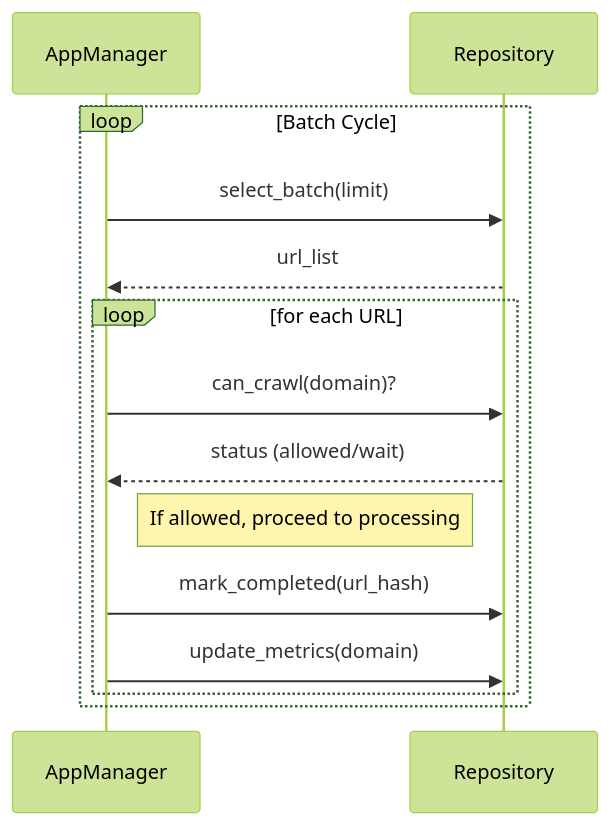
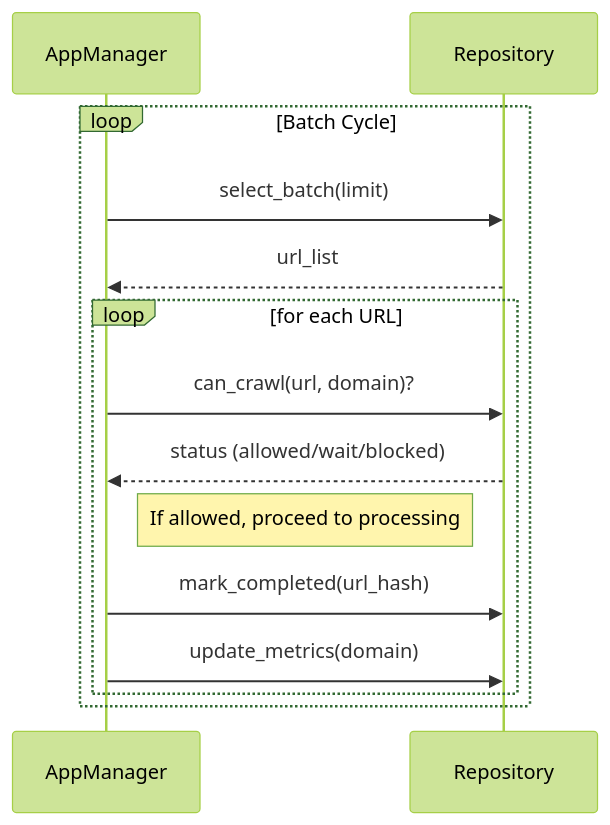
One commit to paulpeters144/system-design changed the third of 5 diagrams in projects/02_prospect_web_crawler/README.md. Above: the diagram before and after it, drawn with Mermaid (forest theme). The commit also changed other lines of this file and 9 other files, not shown here.

````diff
--- a/projects/02_prospect_web_crawler/README.md
+++ b/projects/02_prospect_web_crawler/README.md
@@ -86,17 +86,17 @@
 ```mermaid
 sequenceDiagram
     participant M as AppManager
     participant R as Repository
     
     loop Batch Cycle
         M->>R: select_batch(limit)
         R-->>M: url_list
         loop for each URL
-            M->>R: can_crawl(domain)?
-            R-->>M: status (allowed/wait)
+            M->>R: can_crawl(url, domain)?
+            R-->>M: status (allowed/wait/blocked)
             Note right of M: If allowed, proceed to processing
             M->>R: mark_completed(url_hash)
             M->>R: update_metrics(domain)
         end
     end
 ```
````
